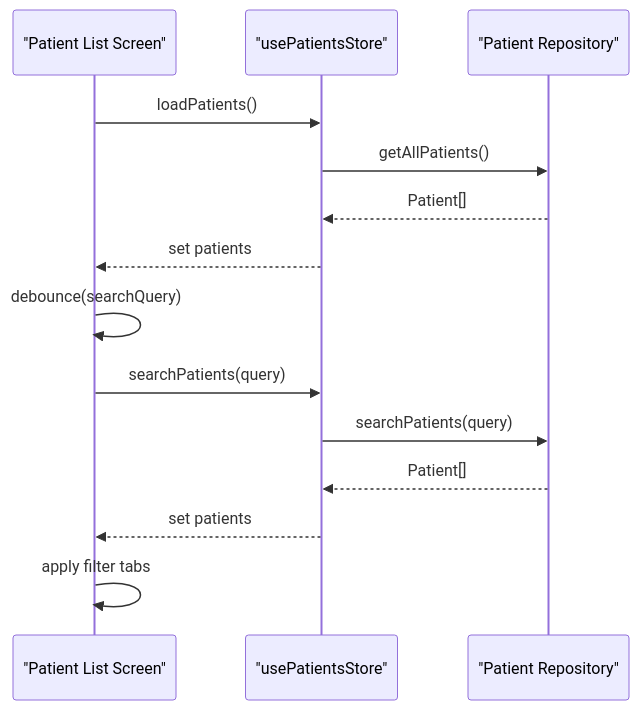
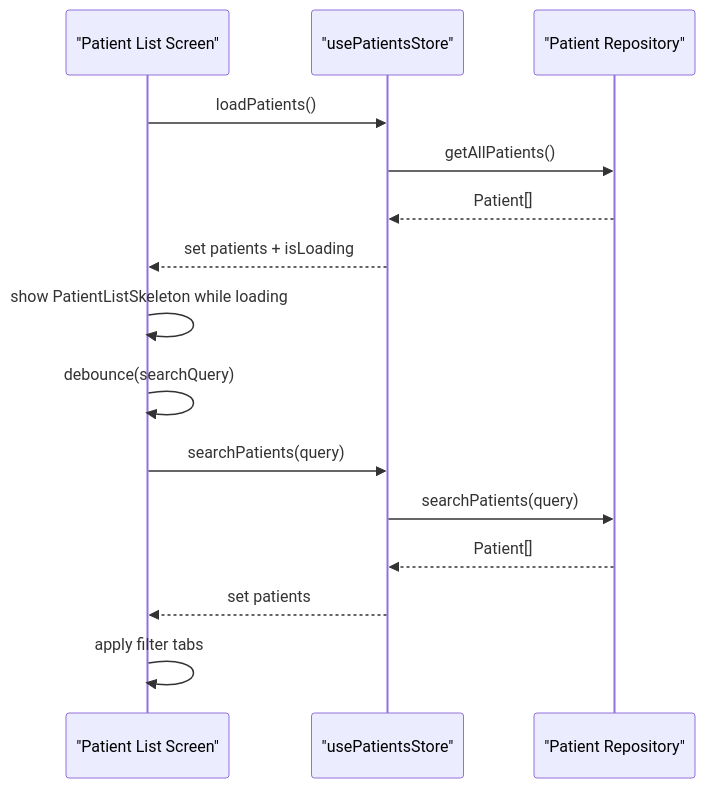
One commit to AdeelTahir-SE/DermSight changed the fifth of 8 diagrams in .qoder/repowiki/en/content/Patient Management/Patient Management.md. Above: the diagram before and after it, drawn with Mermaid. The commit also changed other lines of this file and 43 other files, not shown here.

````diff
--- a/.qoder/repowiki/en/content/Patient Management/Patient Management.md
+++ b/.qoder/repowiki/en/content/Patient Management/Patient Management.md
@@ -209,16 +258,17 @@
 ```mermaid
 sequenceDiagram
 participant L as "Patient List Screen"
 participant S as "usePatientsStore"
 participant R as "Patient Repository"
 L->>S : loadPatients()
 S->>R : getAllPatients()
 R-->>S : Patient[]
-S-->>L : set patients
+S-->>L : set patients + isLoading
+L->>L : show PatientListSkeleton while loading
 L->>L : debounce(searchQuery)
 L->>S : searchPatients(query)
 S->>R : searchPatients(query)
 R-->>S : Patient[]
 S-->>L : set patients
 L->>L : apply filter tabs
 ```
````
